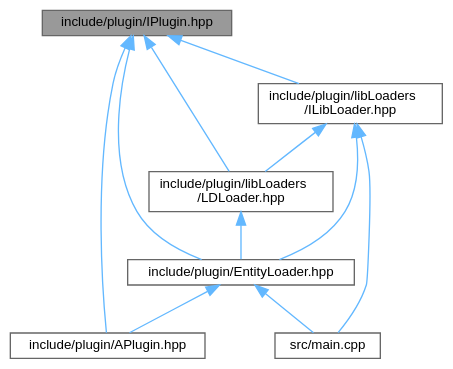
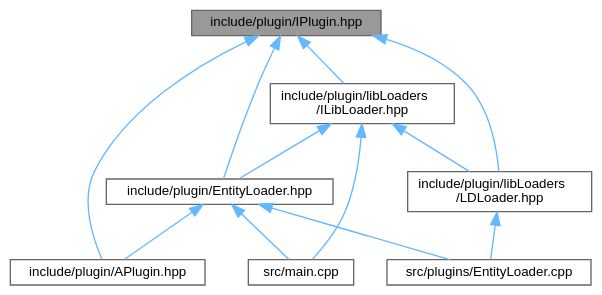
The diagram in IPlugin_8hpp__dep__incl.dot (sami-hmr/R-Type), drawn with Graphviz before and after one commit. The commit also changed 176 other files, not shown here.

```diff
--- a/IPlugin_8hpp__dep__incl.dot
+++ b/IPlugin_8hpp__dep__incl.dot
@@ -1,23 +1,25 @@
 digraph "include/plugin/IPlugin.hpp"
 {
  // LATEX_PDF_SIZE
   bgcolor="transparent";
   edge [fontname=Helvetica,fontsize=10,labelfontname=Helvetica,labelfontsize=10];
   node [fontname=Helvetica,fontsize=10,shape=box,height=0.2,width=0.4];
   Node1 [id="Node000001",label="include/plugin/IPlugin.hpp",height=0.2,width=0.4,color="gray40", fillcolor="grey60", style="filled", fontcolor="black",tooltip=" "];
   Node1 -> Node2 [id="edge1_Node000001_Node000002",dir="back",color="steelblue1",style="solid",tooltip=" "];
   Node2 [id="Node000002",label="include/plugin/APlugin.hpp",height=0.2,width=0.4,color="grey40", fillcolor="white", style="filled",URL="$APlugin_8hpp.html",tooltip=" "];
   Node1 -> Node3 [id="edge2_Node000001_Node000003",dir="back",color="steelblue1",style="solid",tooltip=" "];
   Node3 [id="Node000003",label="include/plugin/EntityLoader.hpp",height=0.2,width=0.4,color="grey40", fillcolor="white", style="filled",URL="$EntityLoader_8hpp.html",tooltip=" "];
   Node3 -> Node2 [id="edge3_Node000003_Node000002",dir="back",color="steelblue1",style="solid",tooltip=" "];
   Node3 -> Node4 [id="edge4_Node000003_Node000004",dir="back",color="steelblue1",style="solid",tooltip=" "];
   Node4 [id="Node000004",label="src/main.cpp",height=0.2,width=0.4,color="grey40", fillcolor="white", style="filled",URL="$main_8cpp.html",tooltip=" "];
-  Node1 -> Node5 [id="edge5_Node000001_Node000005",dir="back",color="steelblue1",style="solid",tooltip=" "];
-  Node5 [id="Node000005",label="include/plugin/libLoaders\l/ILibLoader.hpp",height=0.2,width=0.4,color="grey40", fillcolor="white", style="filled",URL="$ILibLoader_8hpp.html",tooltip=" "];
-  Node5 -> Node3 [id="edge6_Node000005_Node000003",dir="back",color="steelblue1",style="solid",tooltip=" "];
-  Node5 -> Node6 [id="edge7_Node000005_Node000006",dir="back",color="steelblue1",style="solid",tooltip=" "];
-  Node6 [id="Node000006",label="include/plugin/libLoaders\l/LDLoader.hpp",height=0.2,width=0.4,color="grey40", fillcolor="white", style="filled",URL="$LDLoader_8hpp.html",tooltip=" "];
-  Node6 -> Node3 [id="edge8_Node000006_Node000003",dir="back",color="steelblue1",style="solid",tooltip=" "];
-  Node5 -> Node4 [id="edge9_Node000005_Node000004",dir="back",color="steelblue1",style="solid",tooltip=" "];
-  Node1 -> Node6 [id="edge10_Node000001_Node000006",dir="back",color="steelblue1",style="solid",tooltip=" "];
+  Node3 -> Node5 [id="edge5_Node000003_Node000005",dir="back",color="steelblue1",style="solid",tooltip=" "];
+  Node5 [id="Node000005",label="src/plugins/EntityLoader.cpp",height=0.2,width=0.4,color="grey40", fillcolor="white", style="filled",URL="$EntityLoader_8cpp.html",tooltip=" "];
+  Node1 -> Node6 [id="edge6_Node000001_Node000006",dir="back",color="steelblue1",style="solid",tooltip=" "];
+  Node6 [id="Node000006",label="include/plugin/libLoaders\l/ILibLoader.hpp",height=0.2,width=0.4,color="grey40", fillcolor="white", style="filled",URL="$ILibLoader_8hpp.html",tooltip=" "];
+  Node6 -> Node3 [id="edge7_Node000006_Node000003",dir="back",color="steelblue1",style="solid",tooltip=" "];
+  Node6 -> Node7 [id="edge8_Node000006_Node000007",dir="back",color="steelblue1",style="solid",tooltip=" "];
+  Node7 [id="Node000007",label="include/plugin/libLoaders\l/LDLoader.hpp",height=0.2,width=0.4,color="grey40", fillcolor="white", style="filled",URL="$LDLoader_8hpp.html",tooltip=" "];
+  Node7 -> Node5 [id="edge9_Node000007_Node000005",dir="back",color="steelblue1",style="solid",tooltip=" "];
+  Node6 -> Node4 [id="edge10_Node000006_Node000004",dir="back",color="steelblue1",style="solid",tooltip=" "];
+  Node1 -> Node7 [id="edge11_Node000001_Node000007",dir="back",color="steelblue1",style="solid",tooltip=" "];
 }
```
